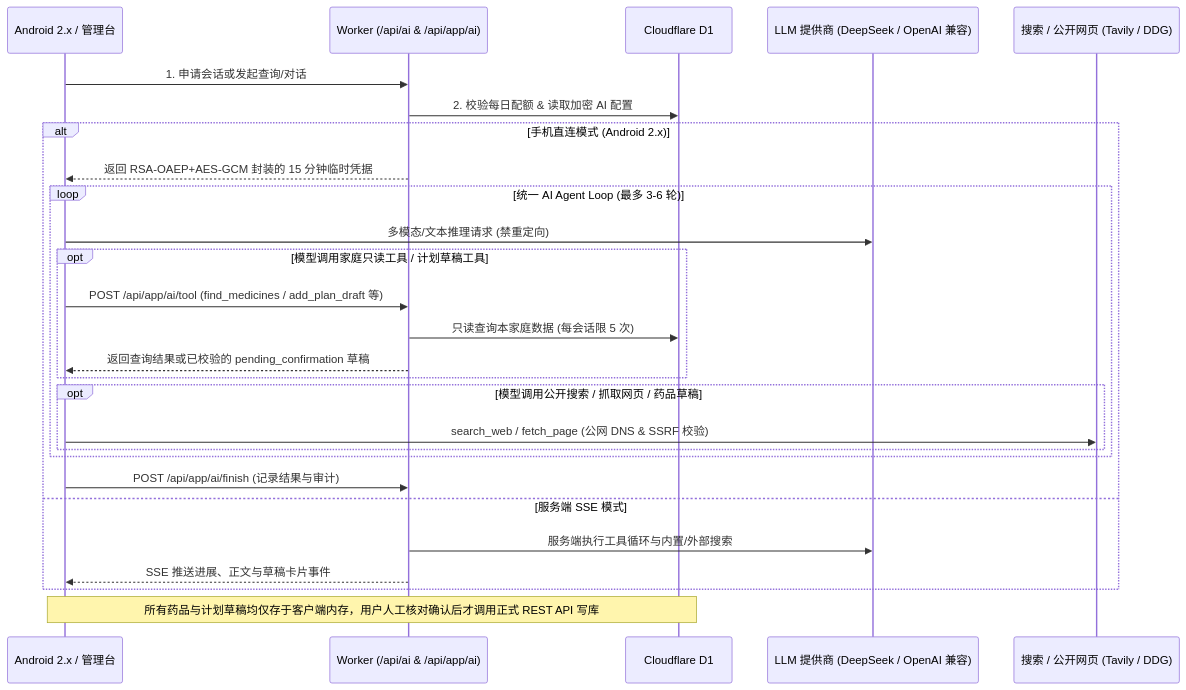
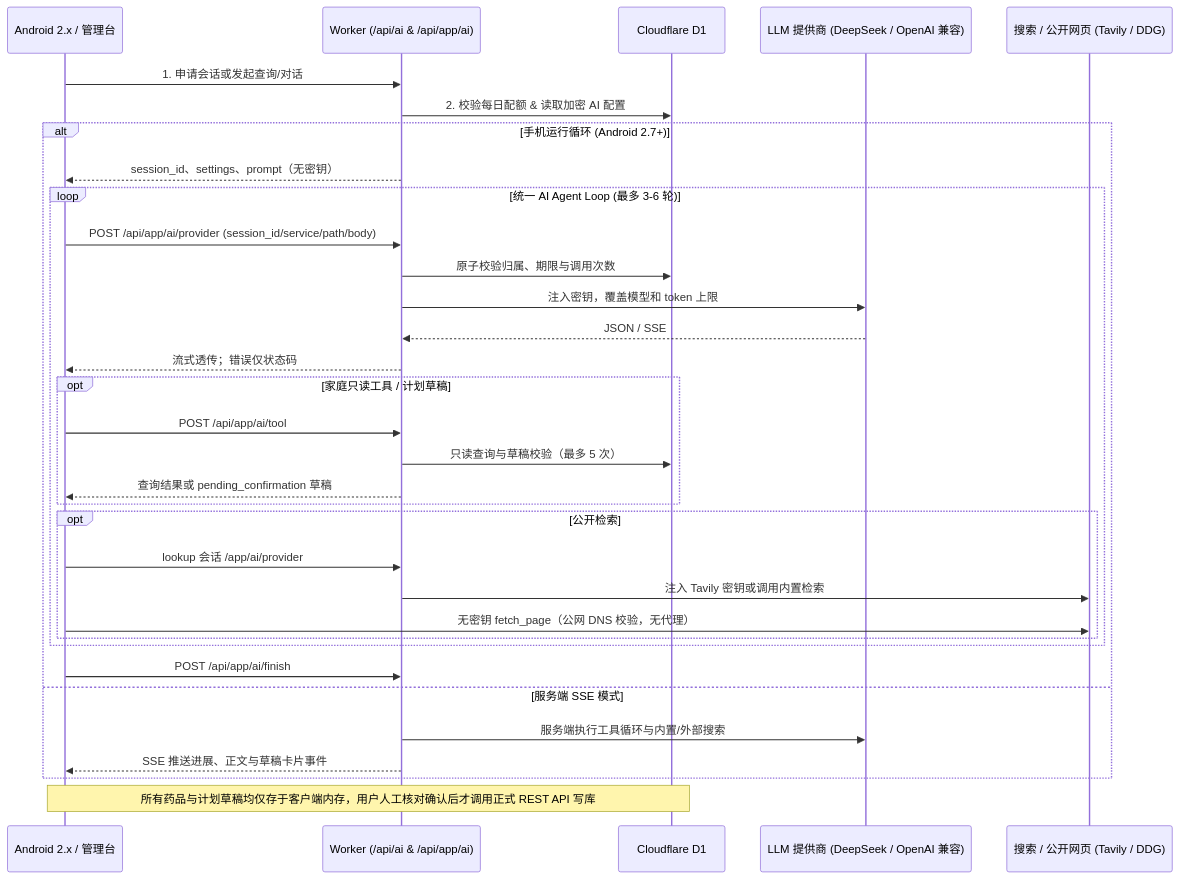
Before and after one commit to ChemicalBond007/home-meds: the second of 2 diagrams in docs/architecture.md, drawn with Mermaid. The commit also changed other lines of this file and 76 other files, not shown here.

````diff
--- a/docs/architecture.md
+++ b/docs/architecture.md
@@ -145,30 +149,36 @@
 ```mermaid
 sequenceDiagram
     participant App as Android 2.x / 管理台
     participant Worker as Worker (/api/ai & /api/app/ai)
     participant D1 as Cloudflare D1
     participant LLM as LLM 提供商 (DeepSeek / OpenAI 兼容)
     participant Web as 搜索 / 公开网页 (Tavily / DDG)
 
     App->>Worker: 1. 申请会话或发起查询/对话
     Worker->>D1: 2. 校验每日配额 & 读取加密 AI 配置
-    alt 手机直连模式 (Android 2.x)
-        Worker-->>App: 返回 RSA-OAEP+AES-GCM 封装的 15 分钟临时凭据
+    alt 手机运行循环 (Android 2.7+)
+        Worker-->>App: session_id、settings、prompt（无密钥）
         loop 统一 AI Agent Loop (最多 3-6 轮)
-            App->>LLM: 多模态/文本推理请求 (禁重定向)
-            opt 模型调用家庭只读工具 / 计划草稿工具
-                App->>Worker: POST /api/app/ai/tool (find_medicines / add_plan_draft 等)
-                Worker->>D1: 只读查询本家庭数据 (每会话限 5 次)
-                Worker-->>App: 返回查询结果或已校验的 pending_confirmation 草稿
+            App->>Worker: POST /api/app/ai/provider (session_id/service/path/body)
+            Worker->>D1: 原子校验归属、期限与调用次数
+            Worker->>LLM: 注入密钥，覆盖模型和 token 上限
+            LLM-->>Worker: JSON / SSE
+            Worker-->>App: 流式透传；错误仅状态码
+            opt 家庭只读工具 / 计划草稿
+                App->>Worker: POST /api/app/ai/tool
+                Worker->>D1: 只读查询与草稿校验（最多 5 次）
+                Worker-->>App: 查询结果或 pending_confirmation 草稿
             end
-            opt 模型调用公开搜索 / 抓取网页 / 药品草稿
-                App->>Web: search_web / fetch_page (公网 DNS & SSRF 校验)
+            opt 公开检索
+                App->>Worker: lookup 会话 /app/ai/provider
+                Worker->>Web: 注入 Tavily 密钥或调用内置检索
+                App->>Web: 无密钥 fetch_page（公网 DNS 校验，无代理）
             end
         end
-        App->>Worker: POST /api/app/ai/finish (记录结果与审计)
+        App->>Worker: POST /api/app/ai/finish
     else 服务端 SSE 模式
         Worker->>LLM: 服务端执行工具循环与内置/外部搜索
         Worker-->>App: SSE 推送进展、正文与草稿卡片事件
     end
     Note over App,D1: 所有药品与计划草稿均仅存于客户端内存，用户人工核对确认后才调用正式 REST API 写库
 ```
````
